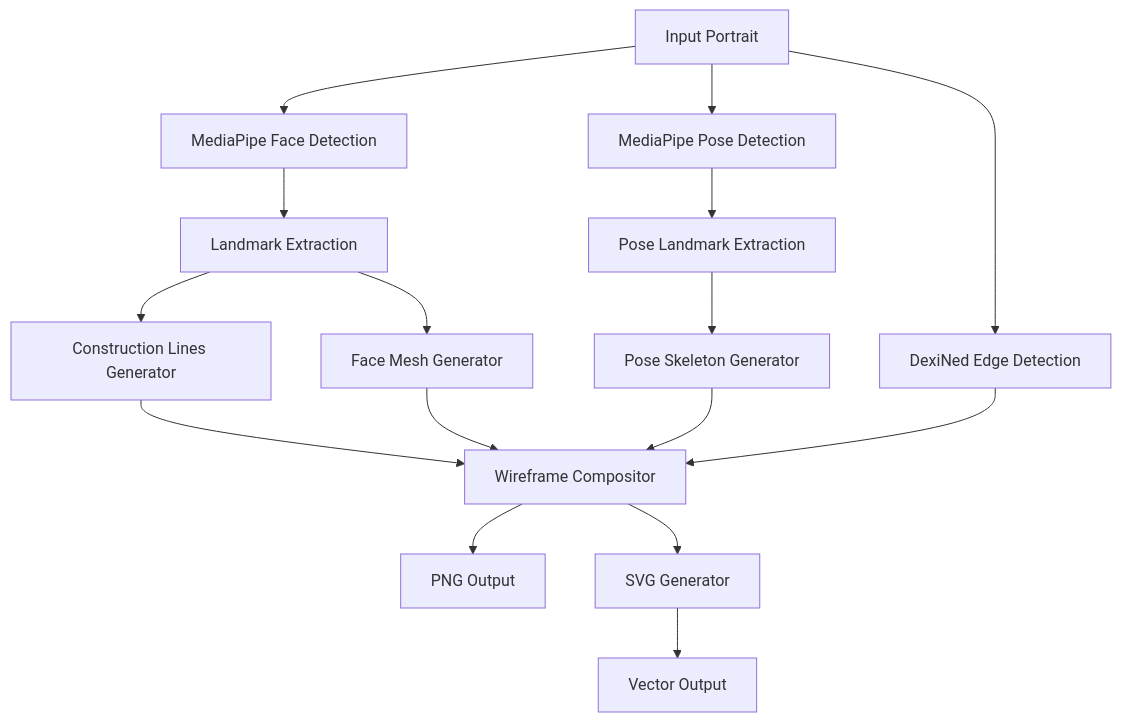
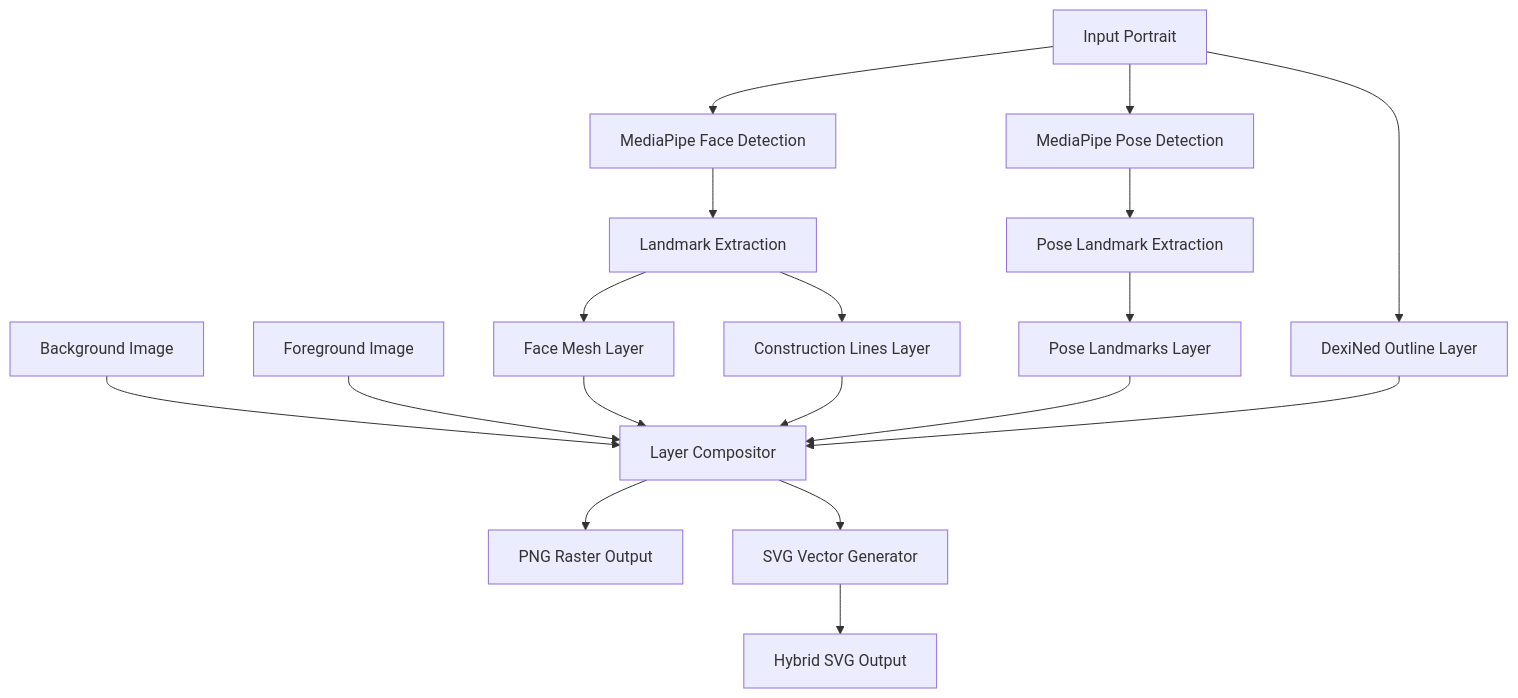
The diagram in README.md (JoonHyoungLee-Seoul/arti_outlines_aic), drawn with Mermaid before and after one commit. The commit also changed other lines of this file and 2 other files, not shown here.

````diff
--- a/README.md
+++ b/README.md
@@ -144,18 +152,20 @@
 ```mermaid
 graph TD
     A[Input Portrait] --> B[MediaPipe Face Detection]
     A --> K[MediaPipe Pose Detection]
     B --> C[Landmark Extraction]
     K --> L[Pose Landmark Extraction]
-    C --> D[Construction Lines Generator]
-    C --> E[Face Mesh Generator]
-    L --> M[Pose Skeleton Generator]
-    A --> F[DexiNed Edge Detection]
-    D --> G[Wireframe Compositor]
-    E --> G
-    M --> G
-    F --> G
-    G --> H[PNG Output]
-    G --> I[SVG Generator]
-    I --> J[Vector Output]
+    C --> D[Construction Lines Layer]
+    C --> E[Face Mesh Layer]
+    L --> M[Pose Landmarks Layer]
+    A --> F[DexiNed Outline Layer]
+    N[Background Image] --> O[Layer Compositor]
+    P[Foreground Image] --> O
+    E --> O
+    D --> O
+    M --> O
+    F --> O
+    O --> Q[PNG Raster Output]
+    O --> R[SVG Vector Generator]
+    R --> S[Hybrid SVG Output]
 ```
````
